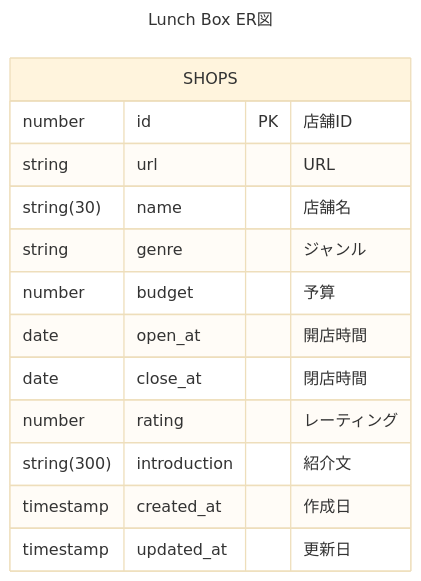
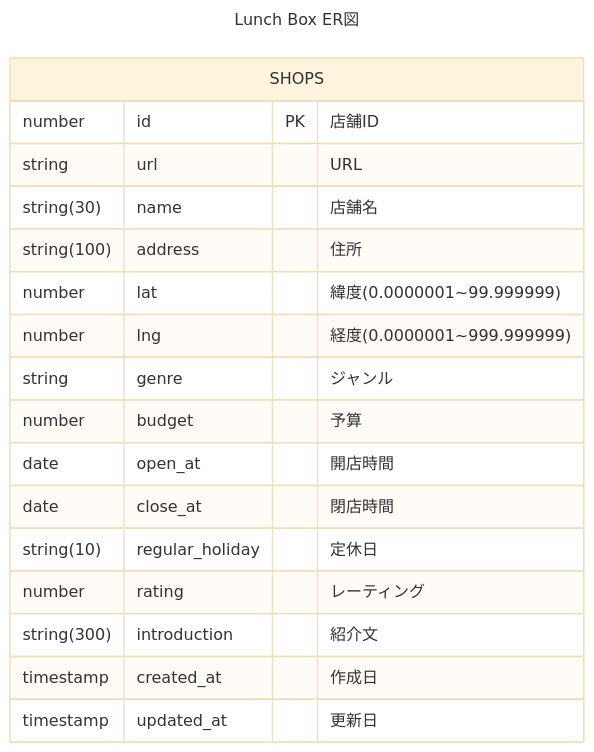
One commit to trancore/lunch-box changed the diagram in README.md. Above: the diagram before and after it, drawn with Mermaid (base theme). The commit also changed 4 other files, not shown here.

Commit message:
feature: add field(address, lat, lng, regularHoliday)

````diff
--- a/README.md
+++ b/README.md
@@ -27,20 +27,24 @@
 ```mermaid
 ---
 title: Lunch Box ER図
 ---
 
 erDiagram
     SHOPS {
         number id PK "店舗ID"
         string url "URL"
         string(30) name "店舗名"
+        string(100) address "住所"
+        number lat "緯度(0.0000001~99.999999)"
+        number lng "経度(0.0000001~999.999999)"
         string genre "ジャンル"
         number budget  "予算"
         date open_at "開店時間"
         date close_at "閉店時間"
+        string(10) regular_holiday "定休日"
         number rating "レーティング"
         string(300) introduction "紹介文"
         timestamp created_at "作成日"
         timestamp updated_at "更新日"
     }
 ```
````
